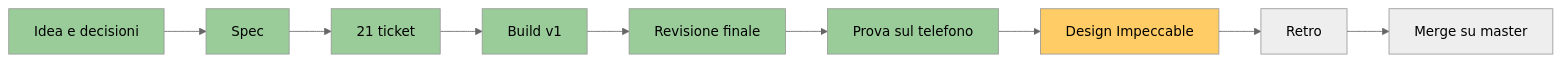
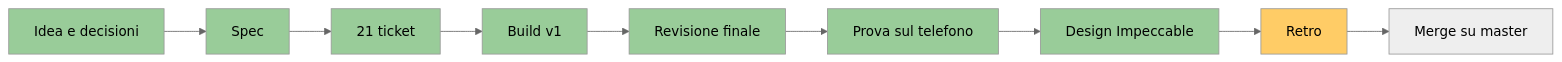
The diagram in docs/roadmap.md (FriendlyButFire/guardaroba), drawn with Mermaid (neutral theme) before and after one commit. The commit also changed other lines of this file, not shown here.

Commit message:
docs(roadmap): ADR-0016 fixes verified on phone, design phase done

````diff
--- a/docs/roadmap.md
+++ b/docs/roadmap.md
@@ -7,11 +7,12 @@
 ```mermaid
 flowchart LR
   A[Idea e decisioni] --> B[Spec] --> C[21 ticket] --> D[Build v1] --> E[Revisione finale] --> F[Prova sul telefono] --> G[Design Impeccable] --> H[Retro] --> I[Merge su master]
   style A fill:#9c9
   style B fill:#9c9
   style C fill:#9c9
   style D fill:#9c9
   style E fill:#9c9
   style F fill:#9c9
-  style G fill:#fc6
+  style G fill:#9c9
+  style H fill:#fc6
 ```
````
